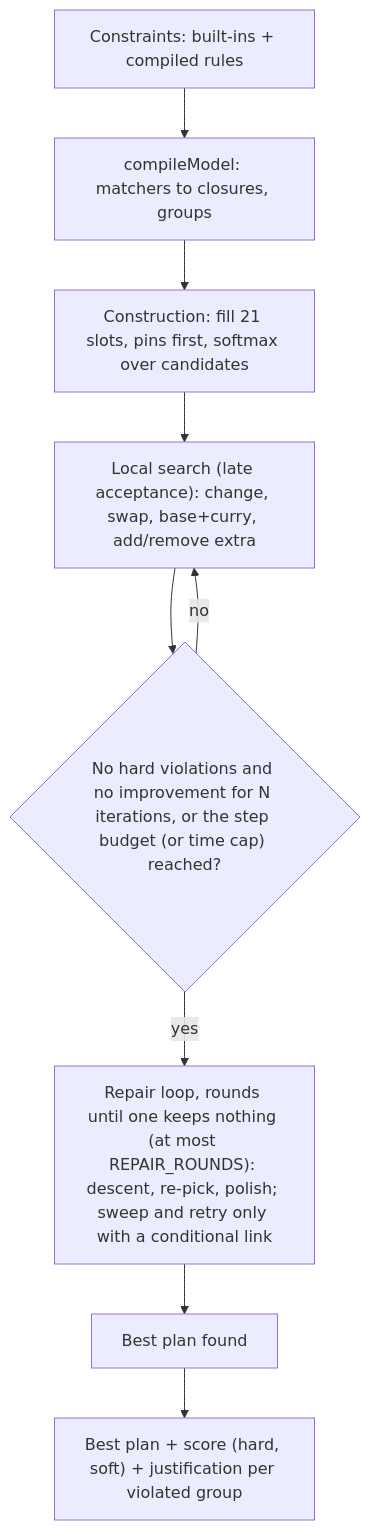
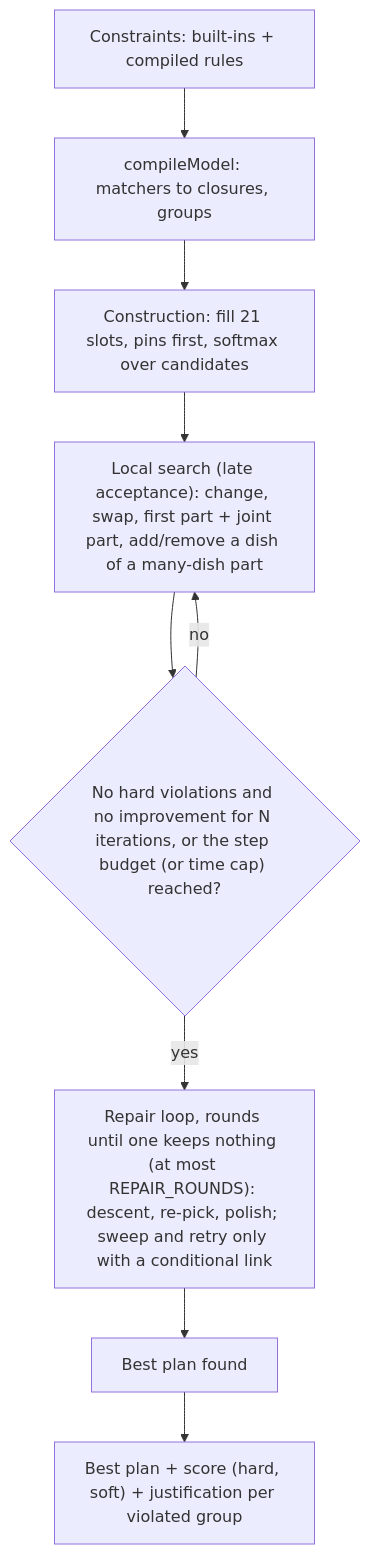
Before and after one commit to shriah/meal-planner: the second of 2 diagrams in docs/architecture.md, drawn with Mermaid. The commit also changed other lines of this file and 1 other file, not shown here.

````diff
--- a/docs/architecture.md
+++ b/docs/architecture.md
@@ -182,11 +211,11 @@
 ```mermaid
 flowchart TD
     A["Constraints: built-ins + compiled rules"] --> B["compileModel: matchers to closures, groups"]
     B --> C["Construction: fill 21 slots, pins first, softmax over candidates"]
-    C --> D["Local search (late acceptance): change, swap, base+curry, add/remove extra"]
+    C --> D["Local search (late acceptance): change, swap, first part + joint part, add/remove a dish of a many-dish part"]
     D --> E{"No hard violations and no improvement for N iterations, or the step budget (or time cap) reached?"}
     E -->|no| D
     E -->|yes| H["Repair loop, rounds until one keeps nothing (at most REPAIR_ROUNDS): descent, re-pick, polish; sweep and retry only with a conditional link"]
     H --> F["Best plan found"]
     F --> G["Best plan + score (hard, soft) + justification per violated group"]
 ```
````
